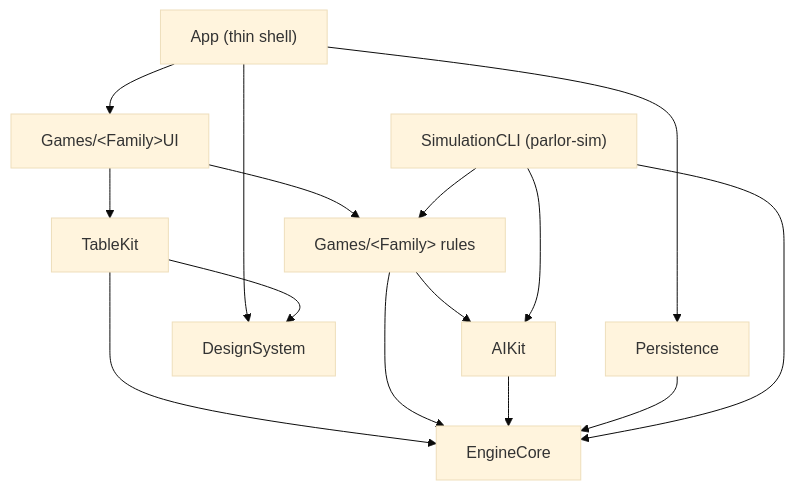
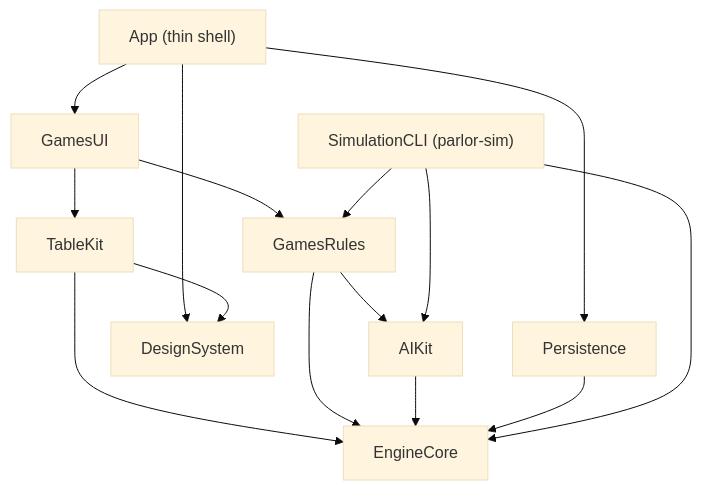
One commit to qualheim/Parlor changed the diagram in Docs/Architecture.md. Above: the diagram before and after it, drawn with Mermaid (base theme). The commit also changed other lines of this file and 208 other files, not shown here.

````diff
--- a/Docs/Architecture.md
+++ b/Docs/Architecture.md
@@ -18,17 +21,17 @@
 ```mermaid
 graph TD
-    App["App (thin shell)"] --> GamesUI["Games/&lt;Family&gt;UI"]
+    App["App (thin shell)"] --> GamesUI["GamesUI"]
     App --> Persistence
     App --> DesignSystem
-    GamesUI --> GamesRules["Games/&lt;Family&gt; rules"]
+    GamesUI --> GamesRules["GamesRules"]
     GamesUI --> TableKit
     TableKit --> DesignSystem
     TableKit --> EngineCore
     GamesRules --> AIKit
     GamesRules --> EngineCore
     AIKit --> EngineCore
     Persistence --> EngineCore
     SimulationCLI["SimulationCLI (parlor-sim)"] --> GamesRules
     SimulationCLI --> AIKit
     SimulationCLI --> EngineCore
 ```
````
